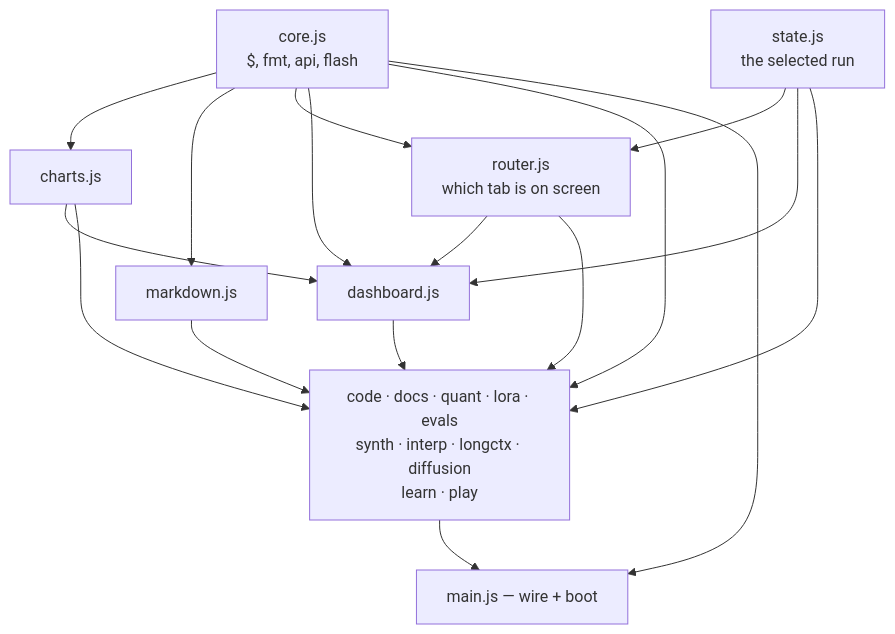
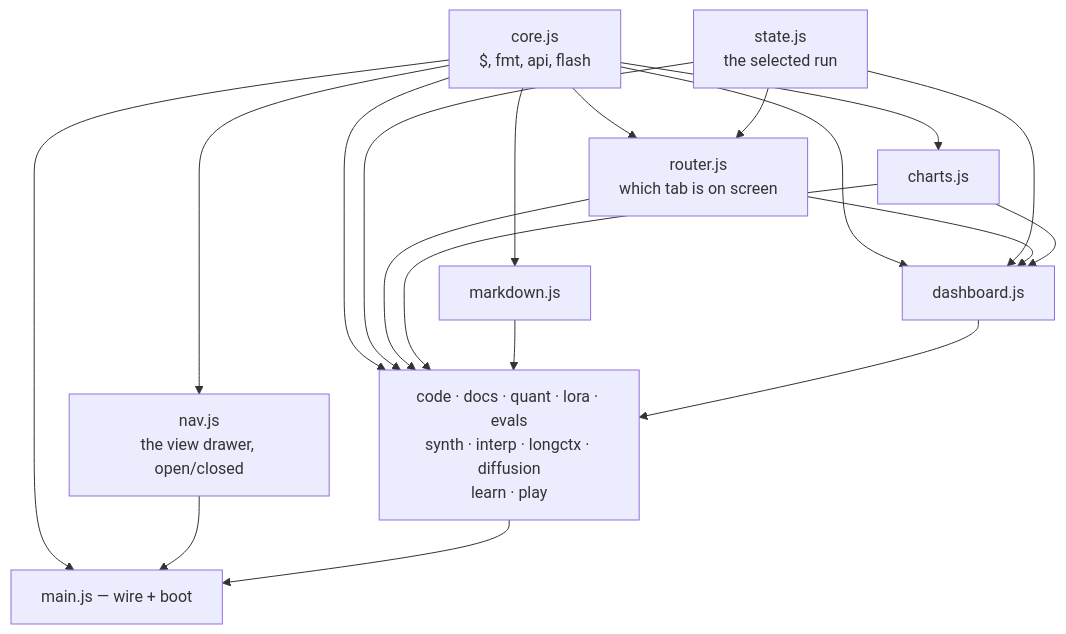
The seventh of 9 diagrams in docs/09-running-and-watching.md (kunwarmahen/aksharallm), drawn with Mermaid before and after one commit. The commit also changed other lines of this file and 11 other files, not shown here.

First line of the commit message:
Put the fourteen views in a drawer, closed by default

````diff
--- a/docs/09-running-and-watching.md
+++ b/docs/09-running-and-watching.md
@@ -483,19 +483,21 @@
 ```mermaid
 flowchart TD
     core["core.js<br/>$, fmt, api, flash"]
     state["state.js<br/>the selected run"]
     router["router.js<br/>which tab is on screen"]
+    nav["nav.js<br/>the view drawer, open/closed"]
     charts["charts.js"]
     md["markdown.js"]
     dash["dashboard.js"]
     tabs["code · docs · quant · lora · evals<br/>synth · interp · longctx · diffusion<br/>learn · play"]
     main["main.js — wire + boot"]
 
-    core --> charts & md & router & dash & tabs & main
+    core --> charts & md & router & nav & dash & tabs & main
     state --> router & dash & tabs
     router --> dash & tabs
     charts --> dash & tabs
     md --> tabs
     dash --> tabs
+    nav --> main
     tabs --> main
 ```
````
